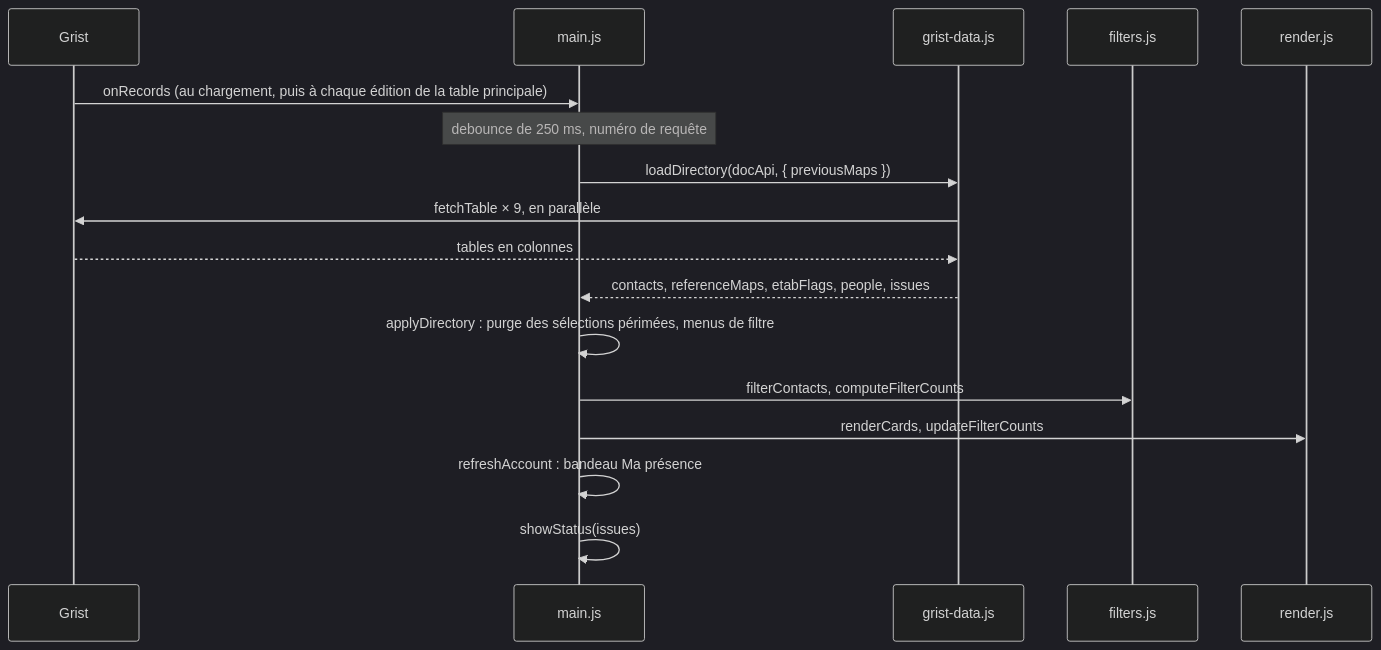
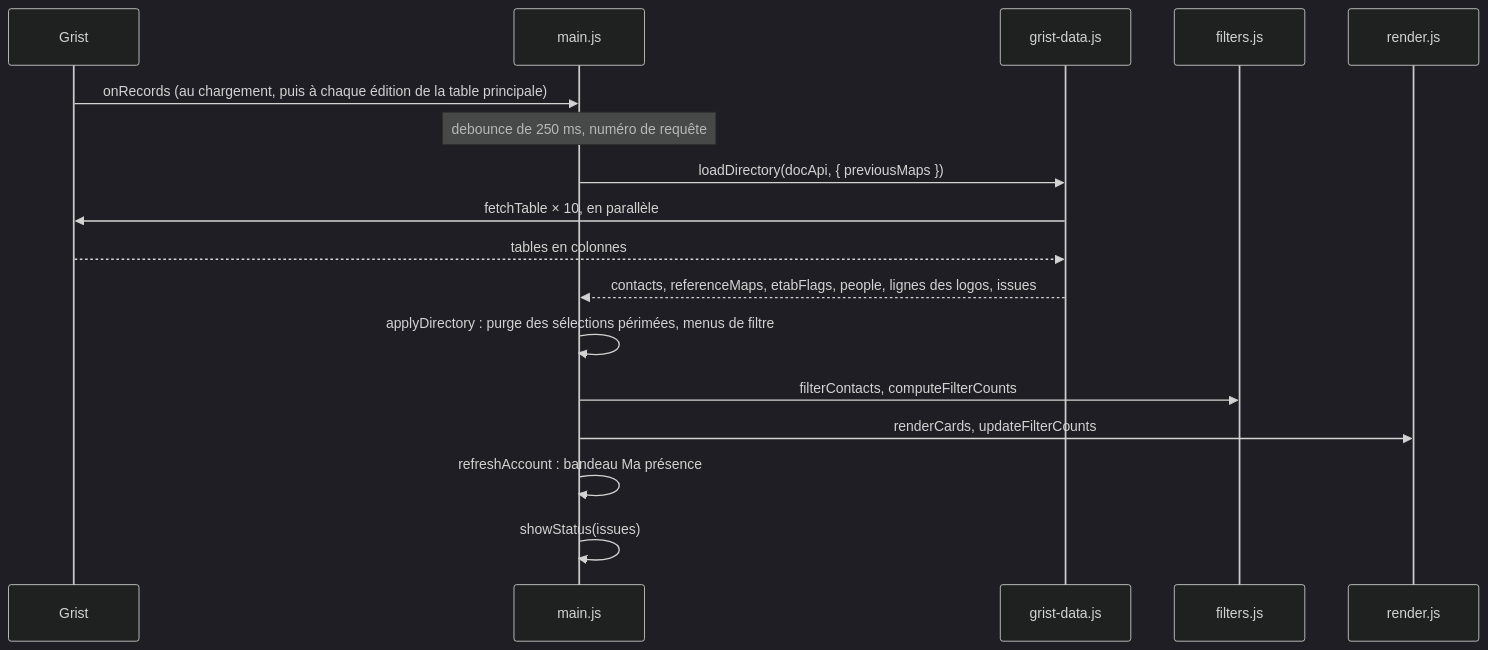
The third of 6 diagrams in docs/developpeurs.md (lombre33/Annuaire_PUI_Bordeaux), drawn with Mermaid (dark theme) before and after one commit. The commit also changed other lines of this file and 34 other files, not shown here.

````diff
--- a/docs/developpeurs.md
+++ b/docs/developpeurs.md
@@ -169,19 +189,19 @@
 ```mermaid
 sequenceDiagram
     participant G as Grist
     participant M as main.js
     participant D as grist-data.js
     participant F as filters.js
     participant R as render.js
     G->>M: onRecords (au chargement, puis à chaque édition de la table principale)
     Note over M: debounce de 250 ms, numéro de requête
     M->>D: loadDirectory(docApi, { previousMaps })
-    D->>G: fetchTable × 9, en parallèle
+    D->>G: fetchTable × 10, en parallèle
     G-->>D: tables en colonnes
-    D-->>M: contacts, referenceMaps, etabFlags, people, issues
+    D-->>M: contacts, referenceMaps, etabFlags, people, lignes des logos, issues
     M->>M: applyDirectory : purge des sélections périmées, menus de filtre
     M->>F: filterContacts, computeFilterCounts
     M->>R: renderCards, updateFilterCounts
     M->>M: refreshAccount : bandeau Ma présence
     M->>M: showStatus(issues)
 ```
````
